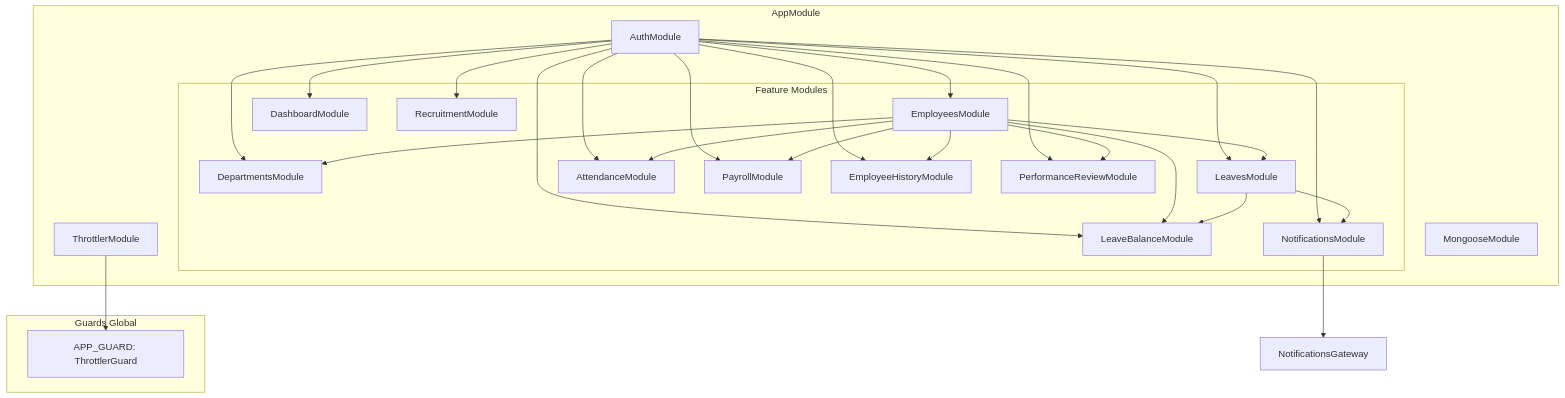
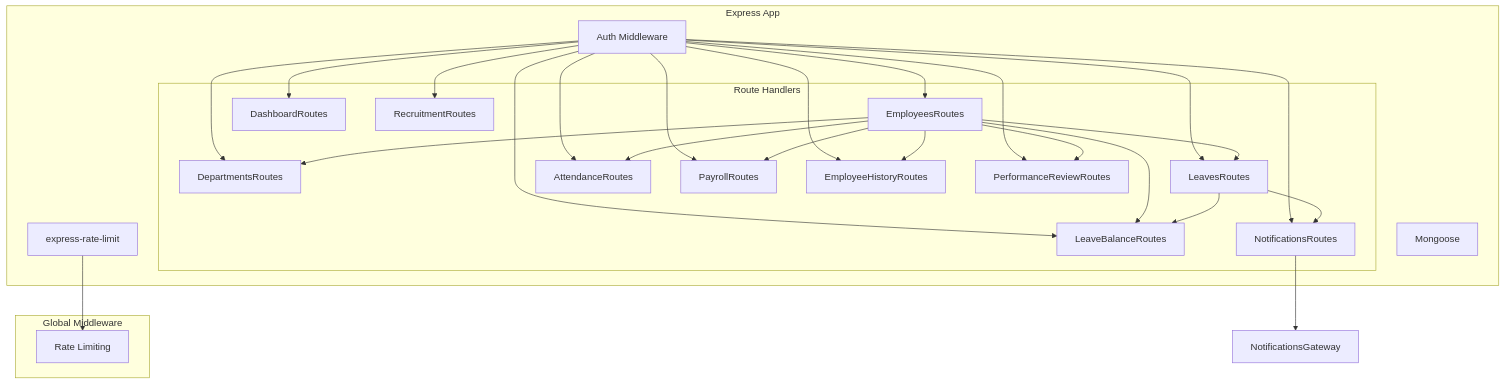
Before and after one commit to nghiaxh/hr-management: the second of 30 diagrams in docs/SDD.md, drawn with Mermaid. The commit also changed other lines of this file and 4 other files, not shown here.

````diff
--- a/docs/SDD.md
+++ b/docs/SDD.md
@@ -163,53 +166,53 @@
 ```mermaid
 graph TB
-    subgraph "AppModule"
-        TM[ThrottlerModule]
-        MM[MongooseModule]
-        AM[AuthModule]
+    subgraph "Express App"
+        TM[express-rate-limit]
+        MM[Mongoose]
+        AM[Auth Middleware]
         
-        subgraph "Feature Modules"
-            EM[EmployeesModule]
-            DM[DepartmentsModule]
-            LM[LeavesModule]
-            ATM[AttendanceModule]
-            PM[PayrollModule]
-            DBM[DashboardModule]
-            EHM[EmployeeHistoryModule]
-            LBM[LeaveBalanceModule]
-            NM[NotificationsModule]
-            RM[RecruitmentModule]
-            PRM[PerformanceReviewModule]
+        subgraph "Route Handlers"
+            EM[EmployeesRoutes]
+            DM[DepartmentsRoutes]
+            LM[LeavesRoutes]
+            ATM[AttendanceRoutes]
+            PM[PayrollRoutes]
+            DBM[DashboardRoutes]
+            EHM[EmployeeHistoryRoutes]
+            LBM[LeaveBalanceRoutes]
+            NM[NotificationsRoutes]
+            RM[RecruitmentRoutes]
+            PRM[PerformanceReviewRoutes]
         end
     end
 
     AM --> EM
     AM --> DM
     AM --> LM
     AM --> ATM
     AM --> PM
     AM --> DBM
     AM --> EHM
     AM --> LBM
     AM --> NM
     AM --> RM
     AM --> PRM
 
     EM --> LM
     EM --> LBM
     EM --> ATM
     EM --> PM
     EM --> EHM
     EM --> PRM
     EM --> DM
 
     LM --> LBM
     LM --> NM
 
     NM --> GW[NotificationsGateway]
 
-    subgraph "Guards Global"
-        GG[APP_GUARD: ThrottlerGuard]
+    subgraph "Global Middleware"
+        GG[Rate Limiting]
     end
 
     TM --> GG
 ```
````
